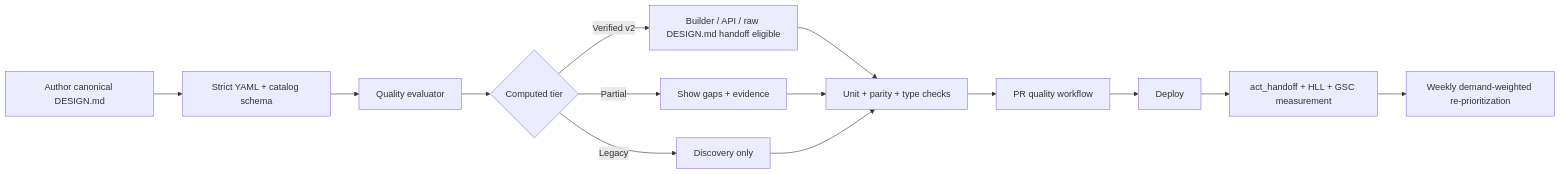
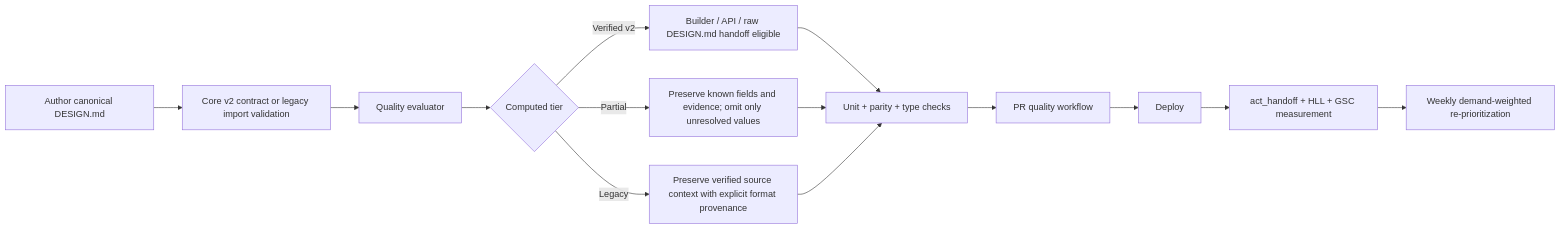
Before and after one commit to kwakseongjae/oh-my-design: the diagram in spec/v2-execution.md, drawn with Mermaid. The commit also changed other lines of this file and 289 other files, not shown here.

````diff
--- a/spec/v2-execution.md
+++ b/spec/v2-execution.md
@@ -22,16 +24,16 @@
 ```mermaid
 flowchart LR
-  A["Author canonical DESIGN.md"] --> B["Strict YAML + catalog schema"]
+  A["Author canonical DESIGN.md"] --> B["Core v2 contract or legacy import validation"]
   B --> C["Quality evaluator"]
   C --> D{"Computed tier"}
   D -->|Verified v2| E["Builder / API / raw DESIGN.md handoff eligible"]
-  D -->|Partial| F["Show gaps + evidence"]
-  D -->|Legacy| G["Discovery only"]
+  D -->|Partial| F["Preserve known fields and evidence; omit only unresolved values"]
+  D -->|Legacy| G["Preserve verified source context with explicit format provenance"]
   E --> H["Unit + parity + type checks"]
   F --> H
   G --> H
   H --> I["PR quality workflow"]
   I --> J["Deploy"]
   J --> K["act_handoff + HLL + GSC measurement"]
   K --> L["Weekly demand-weighted re-prioritization"]
 ```
````
